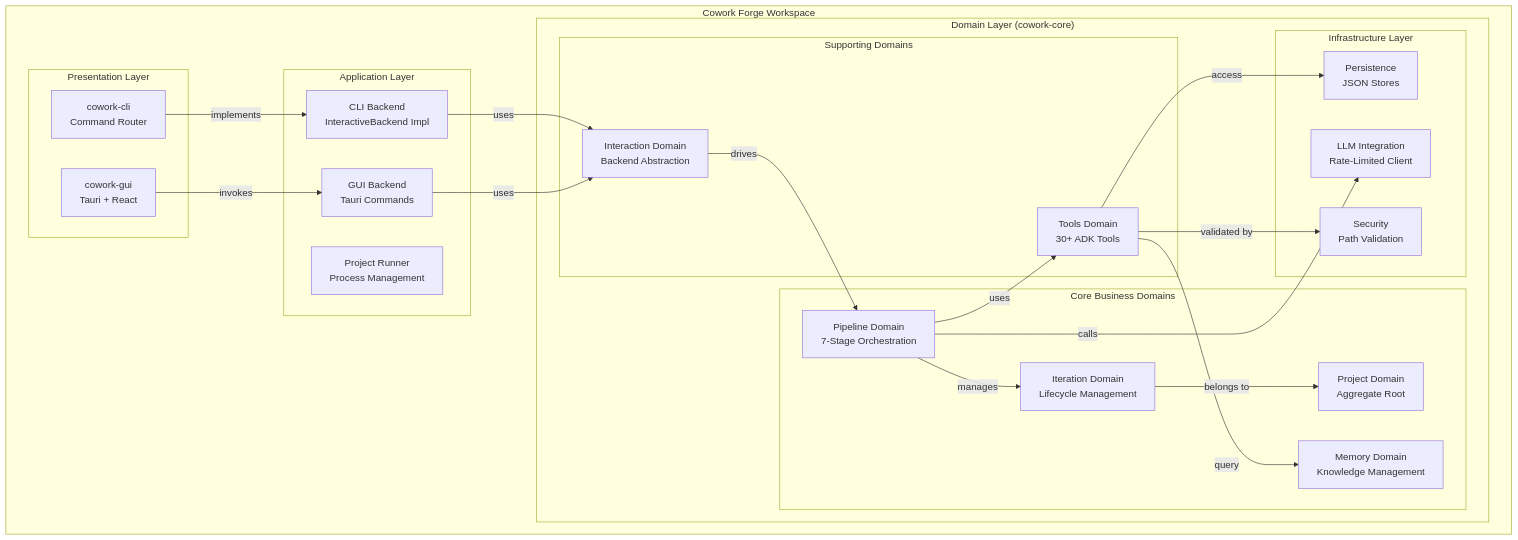
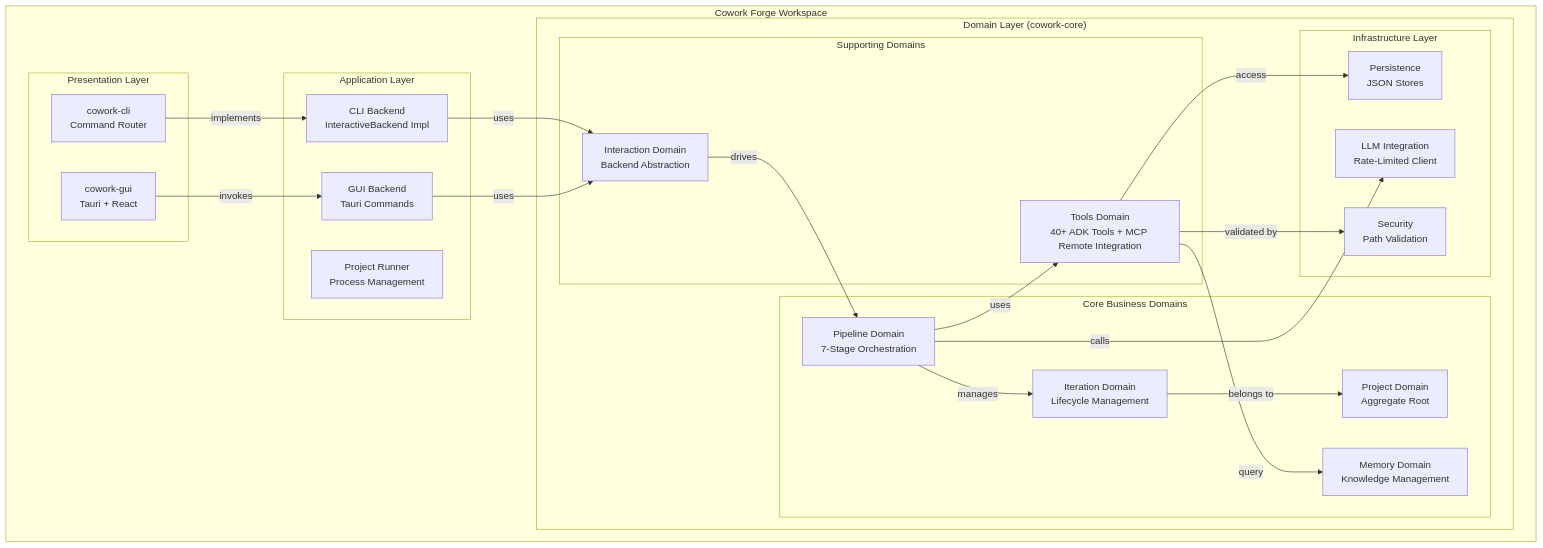
One commit to sopaco/cowork-forge changed the third of 18 diagrams in litho.docs/en/2.Architecture.md. Above: the diagram before and after it, drawn with Mermaid. The commit also changed other lines of this file and 9 other files, not shown here.

First line of the commit message:
Update AI context and documentation for MCP integration and expanded systems

````diff
--- a/litho.docs/en/2.Architecture.md
+++ b/litho.docs/en/2.Architecture.md
@@ -178,50 +182,50 @@
 ```mermaid
 flowchart TB
     subgraph Workspace["Cowork Forge Workspace"]
         subgraph Presentation["Presentation Layer"]
             CLI["cowork-cli<br/>Command Router"]
             GUI["cowork-gui<br/>Tauri + React"]
         end
         
         subgraph Application["Application Layer"]
             CLIBackend["CLI Backend<br/>InteractiveBackend Impl"]
             GUIBackend["GUI Backend<br/>Tauri Commands"]
             ProjectRunner["Project Runner<br/>Process Management"]
         end
         
         subgraph Domain["Domain Layer (cowork-core)"]
             subgraph CoreDomains["Core Business Domains"]
                 ProjectDomain["Project Domain<br/>Aggregate Root"]
                 IterationDomain["Iteration Domain<br/>Lifecycle Management"]
                 PipelineDomain["Pipeline Domain<br/>7-Stage Orchestration"]
                 MemoryDomain["Memory Domain<br/>Knowledge Management"]
             end
             
             subgraph SupportingDomains["Supporting Domains"]
-                ToolsDomain["Tools Domain<br/>30+ ADK Tools"]
+                ToolsDomain["Tools Domain<br/>40+ ADK Tools + MCP Remote Integration"]
                 InteractionDomain["Interaction Domain<br/>Backend Abstraction"]
             end
             
             subgraph Infrastructure["Infrastructure Layer"]
                 Persistence["Persistence<br/>JSON Stores"]
                 LLMIntegration["LLM Integration<br/>Rate-Limited Client"]
                 Security["Security<br/>Path Validation"]
             end
         end
     end
     
     CLI -->|implements| CLIBackend
     GUI -->|invokes| GUIBackend
     CLIBackend -->|uses| InteractionDomain
     GUIBackend -->|uses| InteractionDomain
     
     InteractionDomain -->|drives| PipelineDomain
     PipelineDomain -->|manages| IterationDomain
     PipelineDomain -->|uses| ToolsDomain
     IterationDomain -->|belongs to| ProjectDomain
     
     ToolsDomain -->|access| Persistence
     ToolsDomain -->|query| MemoryDomain
     PipelineDomain -->|calls| LLMIntegration
     ToolsDomain -->|validated by| Security
 ```
````
